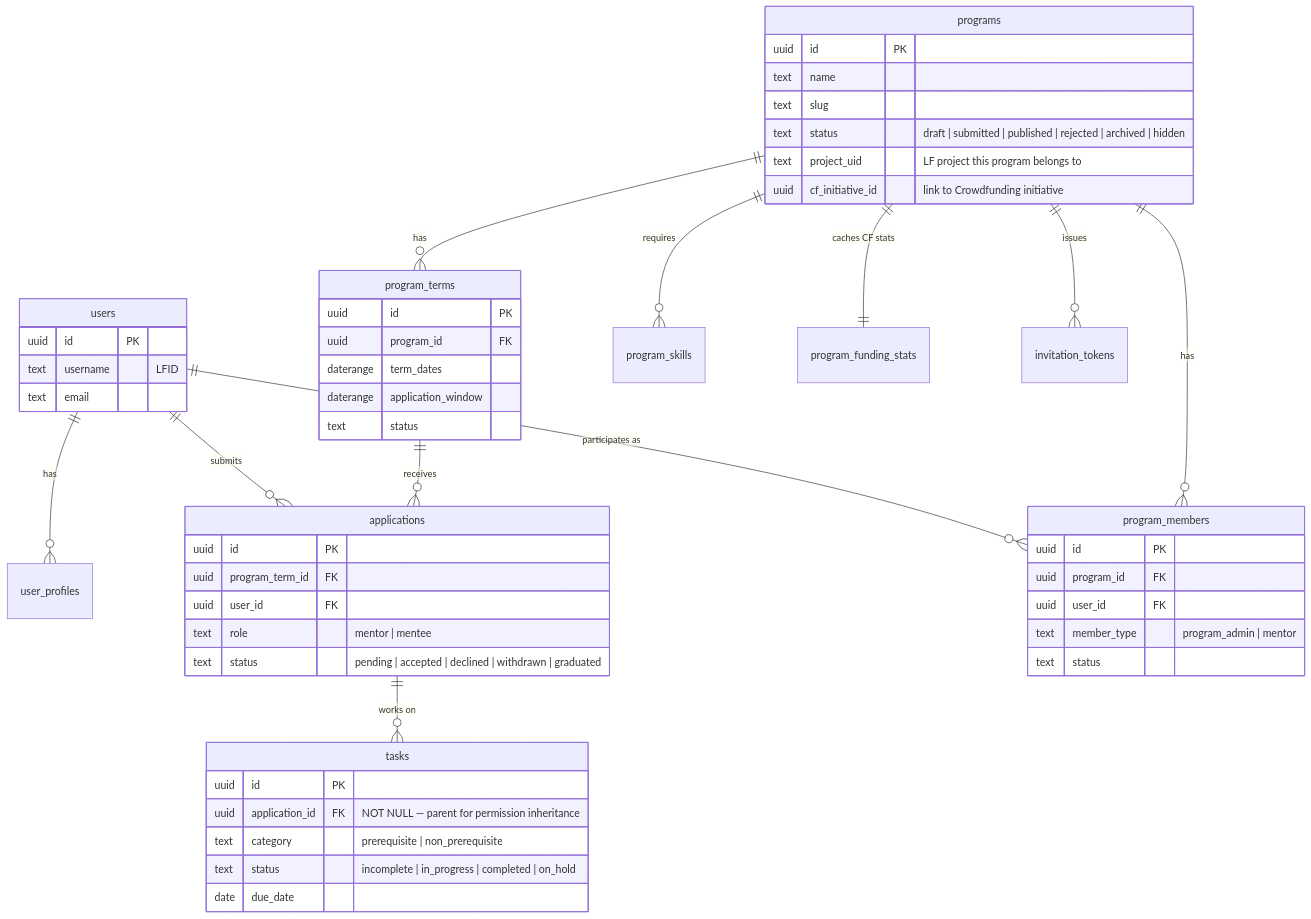
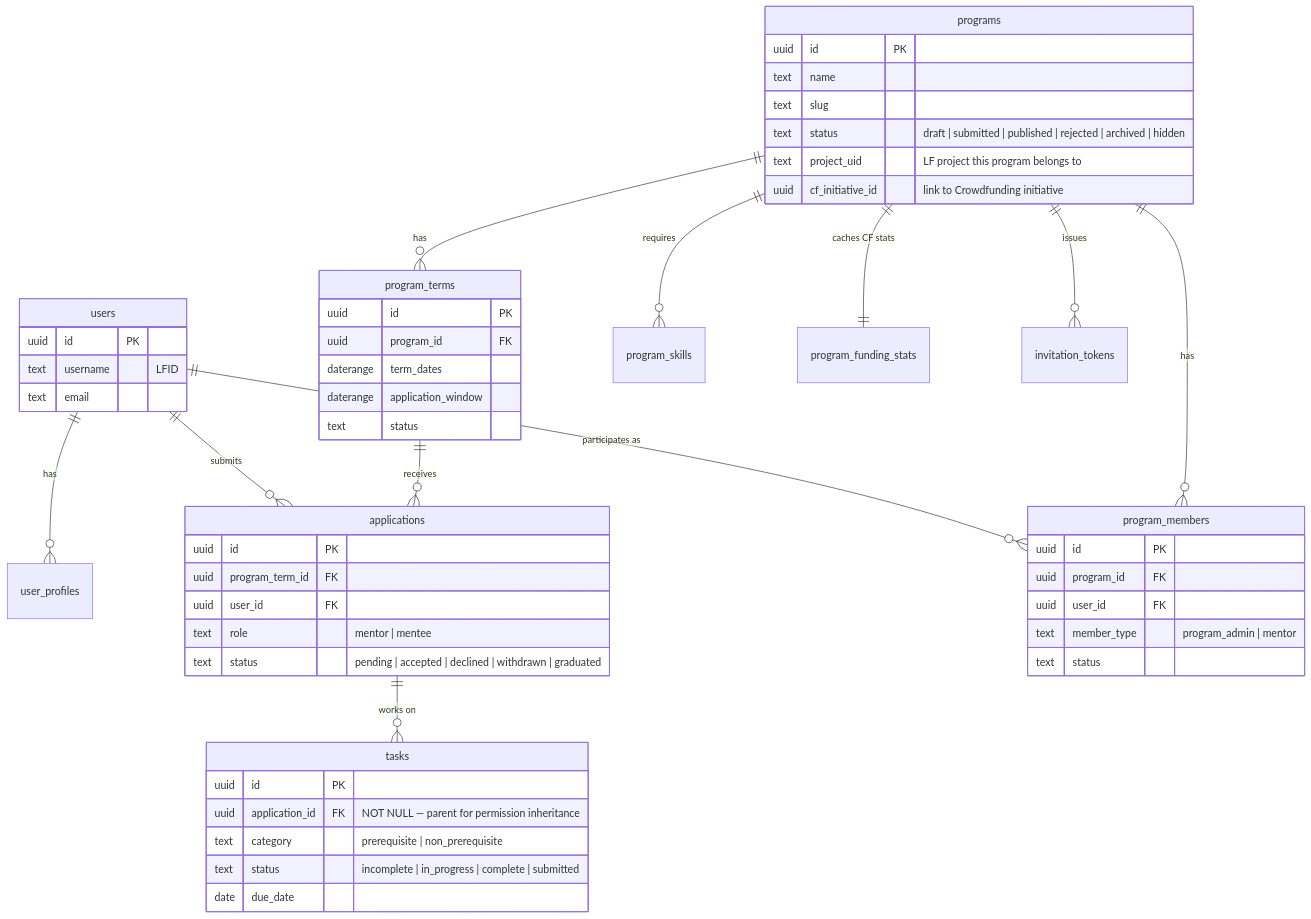
The second of 2 diagrams in docs/rewrite/02-target-architecture.md (linuxfoundation/lfx-mentorship), drawn with Mermaid before and after one commit. The commit also changed 1 other file, not shown here.

Commit message:
fix(review): address PR #119 round-2 review feedback
Address review comments from copilot-pull-request-reviewer:

- docs/rewrite/02-target-architecture.md: correct the task status ERD
  enum to match the schema/domain model (complete, submitted instead of
  the invented completed, on_hold)
- docs/rewrite/00-current-authz-relations.md: clarify that the
  membership relation's effective legacy status is approved only;
  withdrawn rows persist as historical records but are not an
  enforced granting relation

Resolves 2 review threads.

````diff
--- a/docs/rewrite/02-target-architecture.md
+++ b/docs/rewrite/02-target-architecture.md
@@ -96,55 +96,55 @@
 ```mermaid
 erDiagram
     users ||--o{ user_profiles : has
     users ||--o{ applications : submits
     users ||--o{ program_members : "participates as"
     programs ||--o{ program_terms : has
     programs ||--o{ program_members : has
     programs ||--o{ program_skills : requires
     programs ||--|| program_funding_stats : "caches CF stats"
     program_terms ||--o{ applications : receives
     applications ||--o{ tasks : "works on"
     programs ||--o{ invitation_tokens : issues
 
     users {
         uuid id PK
         text username "LFID"
         text email
     }
     programs {
         uuid id PK
         text name
         text slug
         text status "draft | submitted | published | rejected | archived | hidden"
         text project_uid "LF project this program belongs to"
         uuid cf_initiative_id "link to Crowdfunding initiative"
     }
     program_terms {
         uuid id PK
         uuid program_id FK
         daterange term_dates
         daterange application_window
         text status
     }
     applications {
         uuid id PK
         uuid program_term_id FK
         uuid user_id FK
         text role "mentor | mentee"
         text status "pending | accepted | declined | withdrawn | graduated"
     }
     program_members {
         uuid id PK
         uuid program_id FK
         uuid user_id FK
         text member_type "program_admin | mentor"
         text status
     }
     tasks {
         uuid id PK
         uuid application_id FK "NOT NULL — parent for permission inheritance"
         text category "prerequisite | non_prerequisite"
-        text status "incomplete | in_progress | completed | on_hold"
+        text status "incomplete | in_progress | complete | submitted"
         date due_date
     }
 ```
````
